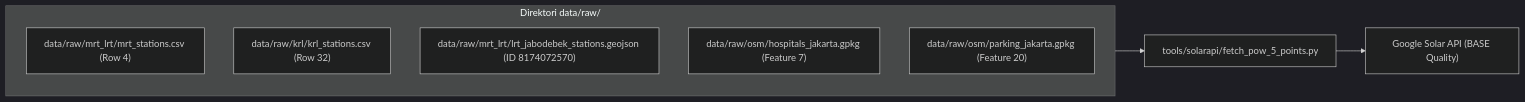
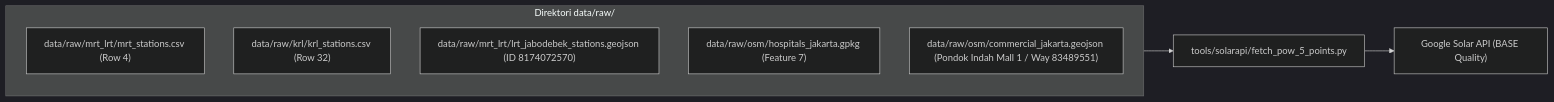
Before and after one commit to HenryAi-SIBERMU/SP: the fifth of 7 diagrams in docs/PLAN-PROOF-OF-WORK-SOLAR-API-JABODETABEK.md, drawn with Mermaid (dark theme). The commit also changed other lines of this file and 19 other files, not shown here.

First line of the commit message:
feat(solarapi): replace pilot point 5 with Pondok Indah Mall 1 (MALL-001)

````diff
--- a/docs/PLAN-PROOF-OF-WORK-SOLAR-API-JABODETABEK.md
+++ b/docs/PLAN-PROOF-OF-WORK-SOLAR-API-JABODETABEK.md
@@ -372,13 +372,13 @@
 ```mermaid
 flowchart LR
     subgraph DataRaw["Direktori data/raw/"]
         F1["data/raw/mrt_lrt/mrt_stations.csv (Row 4)"]
         F2["data/raw/krl/krl_stations.csv (Row 32)"]
         F3["data/raw/mrt_lrt/lrt_jabodebek_stations.geojson (ID 8174072570)"]
         F4["data/raw/osm/hospitals_jakarta.gpkg (Feature 7)"]
-        F5["data/raw/osm/parking_jakarta.gpkg (Feature 20)"]
+        F5["data/raw/osm/commercial_jakarta.geojson (Pondok Indah Mall 1 / Way 83489551)"]
     end
     
     DataRaw --> Runner["tools/solarapi/fetch_pow_5_points.py"]
     Runner --> SolarAPI["Google Solar API (BASE Quality)"]
 ```
````
